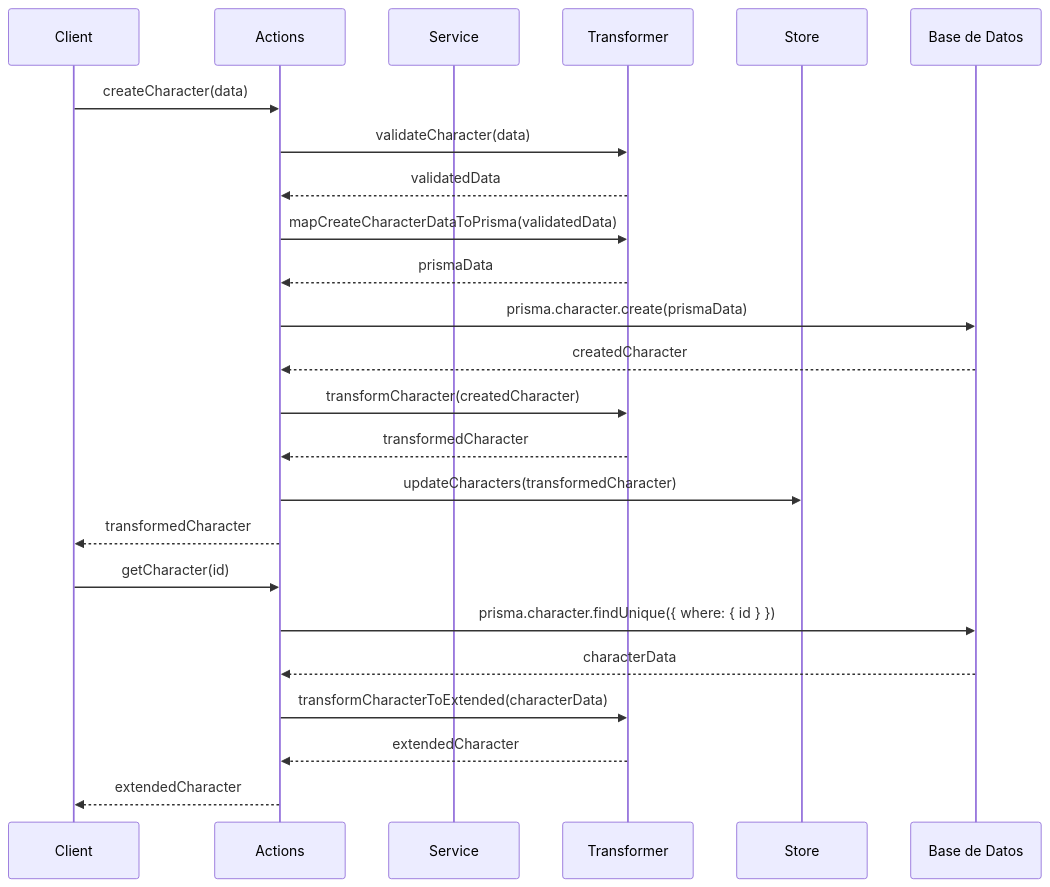
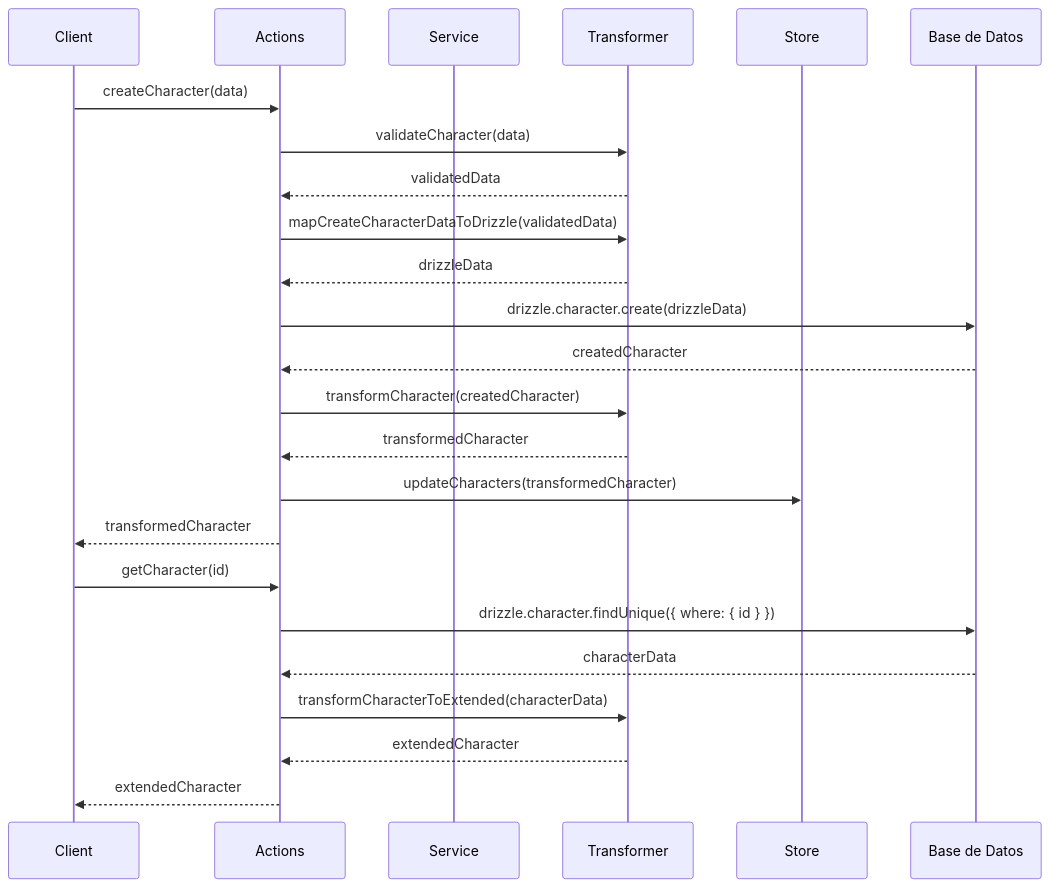
One commit to gvastethecreator/media-manager changed the second of 2 diagrams in src/transformers/character/documentation.md. Above: the diagram before and after it, drawn with Mermaid. The commit also changed 40 other files, not shown here.

````diff
--- a/src/transformers/character/documentation.md
+++ b/src/transformers/character/documentation.md
@@ -48,28 +48,28 @@
 ```mermaid
 sequenceDiagram
     participant Client
     participant Actions
     participant Service
     participant Transformer
     participant Store
     participant DB as Base de Datos
 
     Client->>Actions: createCharacter(data)
     Actions->>Transformer: validateCharacter(data)
     Transformer-->>Actions: validatedData
-    Actions->>Transformer: mapCreateCharacterDataToPrisma(validatedData)
-    Transformer-->>Actions: prismaData
-    Actions->>DB: prisma.character.create(prismaData)
+    Actions->>Transformer: mapCreateCharacterDataToDrizzle(validatedData)
+    Transformer-->>Actions: drizzleData
+    Actions->>DB: drizzle.character.create(drizzleData)
     DB-->>Actions: createdCharacter
     Actions->>Transformer: transformCharacter(createdCharacter)
     Transformer-->>Actions: transformedCharacter
     Actions->>Store: updateCharacters(transformedCharacter)
     Actions-->>Client: transformedCharacter
 
     Client->>Actions: getCharacter(id)
-    Actions->>DB: prisma.character.findUnique({ where: { id } })
+    Actions->>DB: drizzle.character.findUnique({ where: { id } })
     DB-->>Actions: characterData
     Actions->>Transformer: transformCharacterToExtended(characterData)
     Transformer-->>Actions: extendedCharacter
     Actions-->>Client: extendedCharacter
 ```
````
